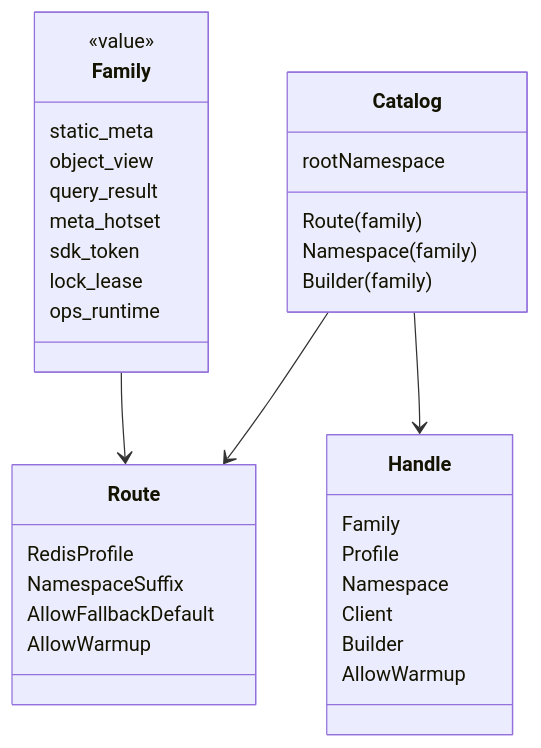
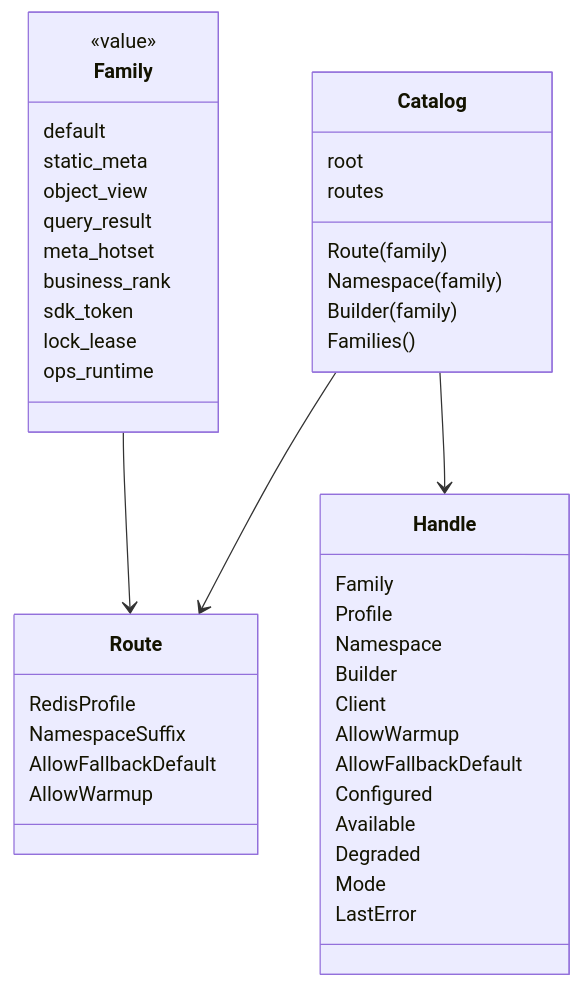
Before and after one commit to FangcunMount/qs-server: the first of 2 diagrams in docs/03-基础设施/redis/01-运行时与Family模型.md, drawn with Mermaid. The commit also changed other lines of this file and 10 other files, not shown here.

````diff
--- a/docs/03-基础设施/redis/01-运行时与Family模型.md
+++ b/docs/03-基础设施/redis/01-运行时与Family模型.md
@@ -17,36 +68,50 @@
 ```mermaid
 classDiagram
     class Family {
       <<value>>
+      default
       static_meta
       object_view
       query_result
       meta_hotset
+      business_rank
       sdk_token
       lock_lease
       ops_runtime
     }
+
     class Route {
       RedisProfile
       NamespaceSuffix
       AllowFallbackDefault
       AllowWarmup
     }
+
     class Catalog {
-      rootNamespace
+      root
+      routes
       Route(family)
       Namespace(family)
       Builder(family)
+      Families()
     }
+
     class Handle {
       Family
       Profile
       Namespace
+      Builder
       Client
-      Builder
       AllowWarmup
+      AllowFallbackDefault
+      Configured
+      Available
+      Degraded
+      Mode
+      LastError
     }
+
     Family --> Route
     Catalog --> Route
     Catalog --> Handle
 ```
````
